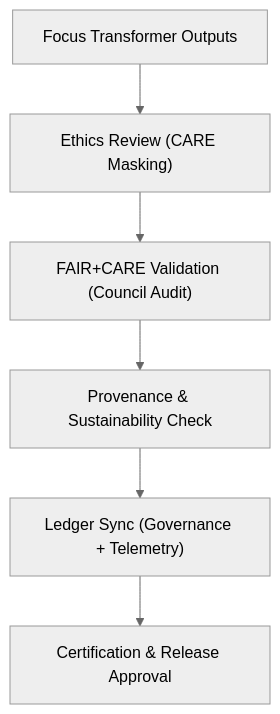
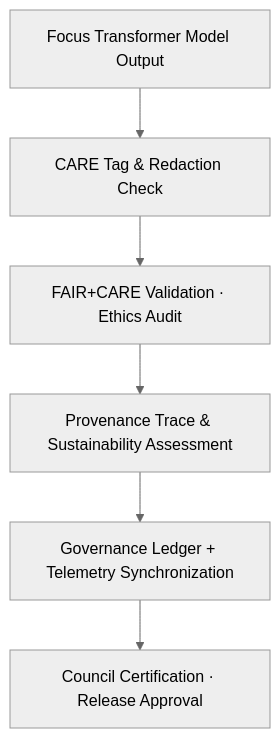
The diagram in src/ai/models/focus_transformer_v1/governance/README.md (bartytime4life/Kansas-Frontier-Matrix), drawn with Mermaid (neutral theme) before and after one commit. The commit also changed other lines of this file, not shown here.

````diff
--- a/src/ai/models/focus_transformer_v1/governance/README.md
+++ b/src/ai/models/focus_transformer_v1/governance/README.md
@@ -66,8 +68,8 @@
 ```mermaid
 flowchart TD
-  A["Focus Transformer Outputs"] --> B["Ethics Review (CARE Masking)"]
-  B --> C["FAIR+CARE Validation (Council Audit)"]
-  C --> D["Provenance & Sustainability Check"]
-  D --> E["Ledger Sync (Governance + Telemetry)"]
-  E --> F["Certification & Release Approval"]
+  A["Focus Transformer Model Output"] --> B["CARE Tag & Redaction Check"]
+  B --> C["FAIR+CARE Validation · Ethics Audit"]
+  C --> D["Provenance Trace & Sustainability Assessment"]
+  D --> E["Governance Ledger + Telemetry Synchronization"]
+  E --> F["Council Certification · Release Approval"]
 ```
````
